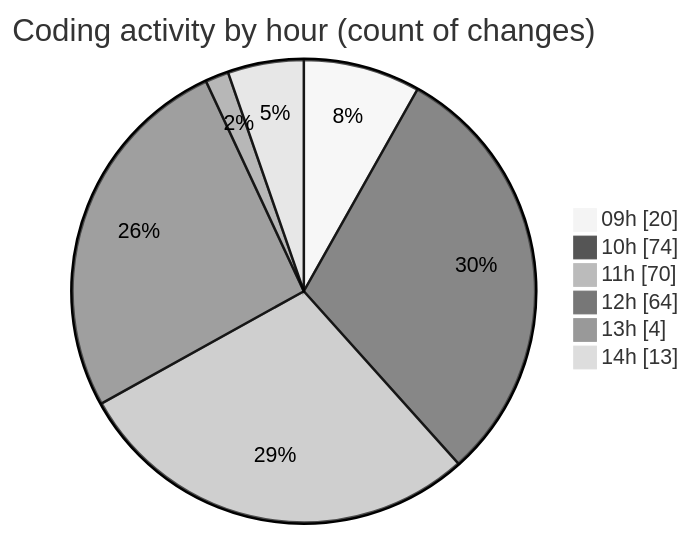
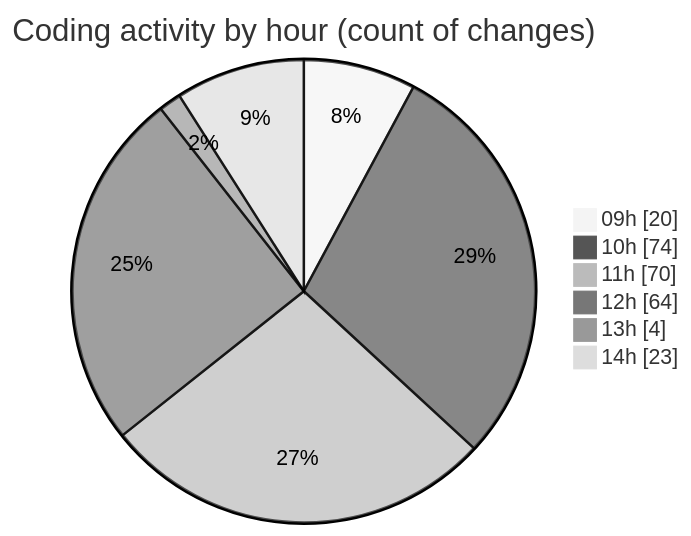
The second of 2 diagrams in 2025-06-06/ecodeli-1/README.md (CELIANVF/code-tracking), drawn with Mermaid (neutral theme) before and after one commit. The commit also changed other lines of this file and 1 other file, not shown here.

````diff
--- a/2025-06-06/ecodeli-1/README.md
+++ b/2025-06-06/ecodeli-1/README.md
@@ -98,10 +98,10 @@
 ```mermaid
 pie showData
 title Coding activity by hour (count of changes)
 "09h" : 20
 "10h" : 74
 "11h" : 70
 "12h" : 64
 "13h" : 4
-"14h" : 13
+"14h" : 23
 ```
````
